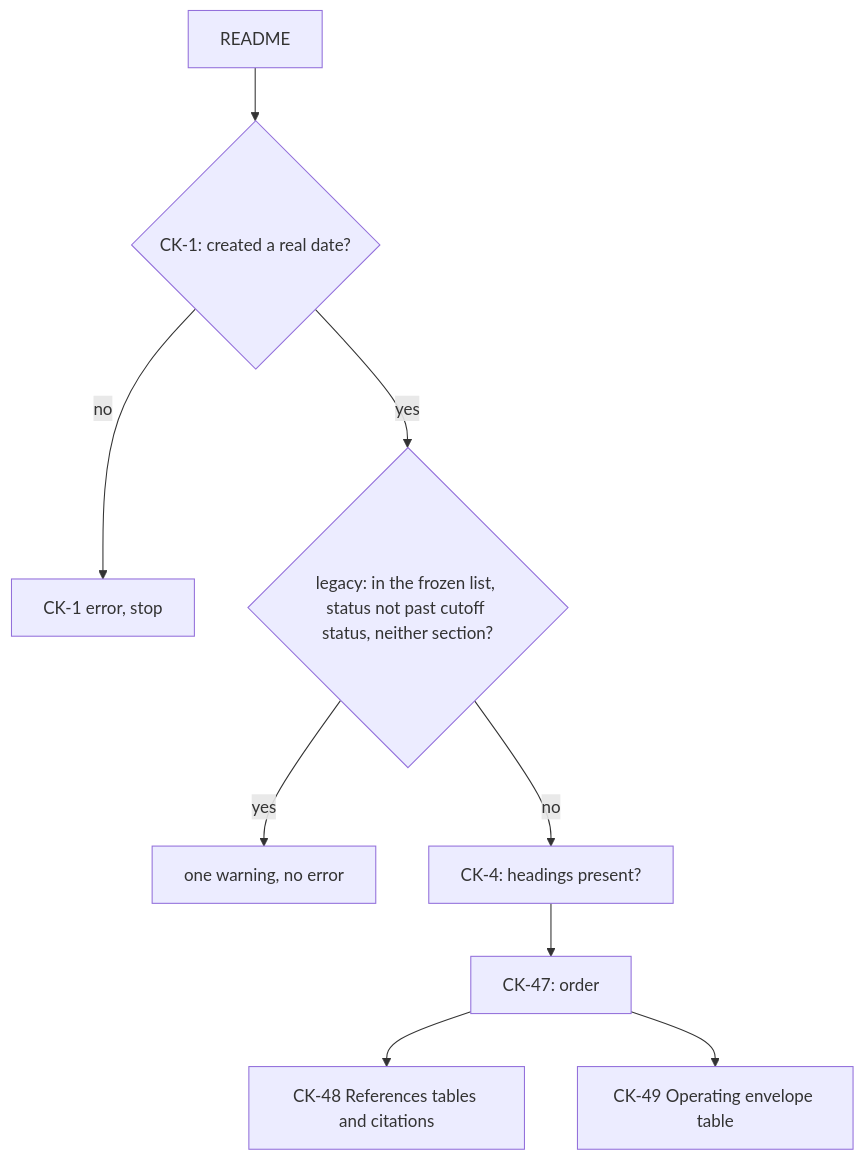
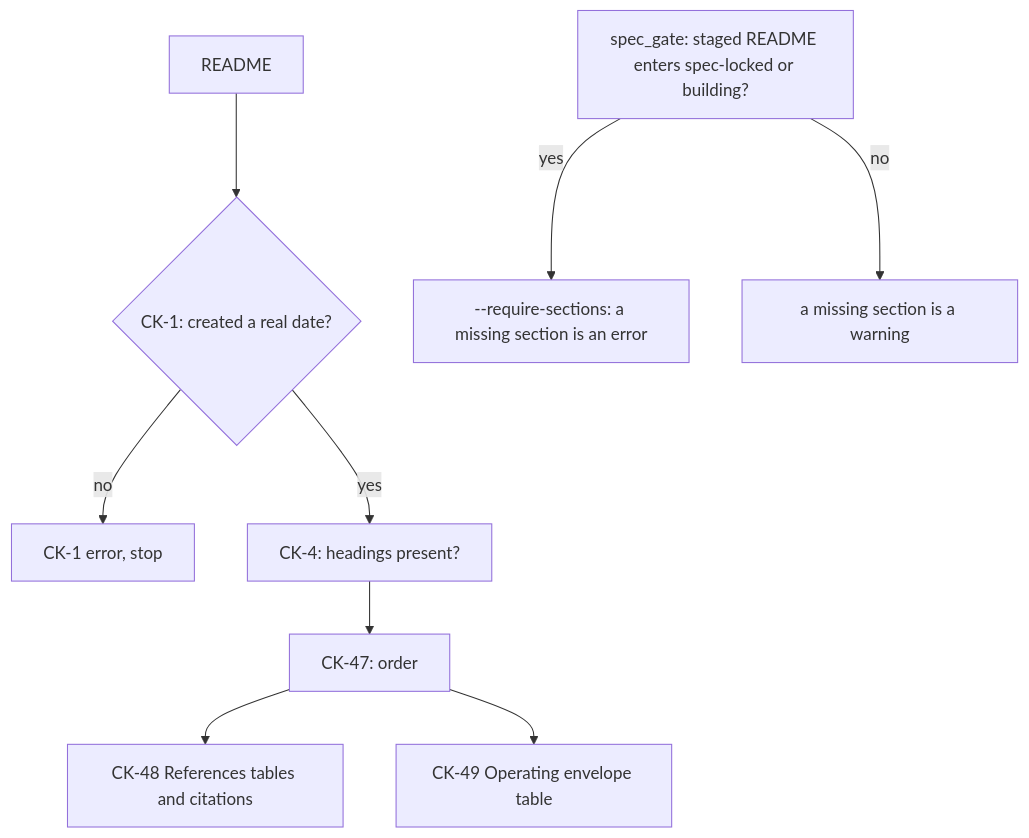
Before and after one commit to sibulus13/claudence: the diagram in docs/work/spec-references-envelope/functional.md, drawn with Mermaid. The commit also changed other lines of this file and 2 other files, not shown here.

First line of the commit message:
docs(work): spec-references-envelope scope cut: bind on the commit's status transition, drop the exemption list

````diff
--- a/docs/work/spec-references-envelope/functional.md
+++ b/docs/work/spec-references-envelope/functional.md
@@ -3,11 +3,11 @@
 ```mermaid
 flowchart TD
   R[README] --> K{CK-1: created a real date?}
   K -- no --> X[CK-1 error, stop]
-  K -- yes --> L{legacy: in the frozen list, status not past cutoff status, neither section?}
-  L -- yes --> W[one warning, no error]
-  L -- no --> H[CK-4: headings present?]
+  K -- yes --> H[CK-4: headings present?]
+  G[spec_gate: staged README enters spec-locked or building?] -- yes --> Q[--require-sections: a missing section is an error]
+  G -- no --> W[a missing section is a warning]
   H --> O[CK-47: order]
   O --> T[CK-48 References tables and citations]
   O --> E[CK-49 Operating envelope table]
 ```
````
